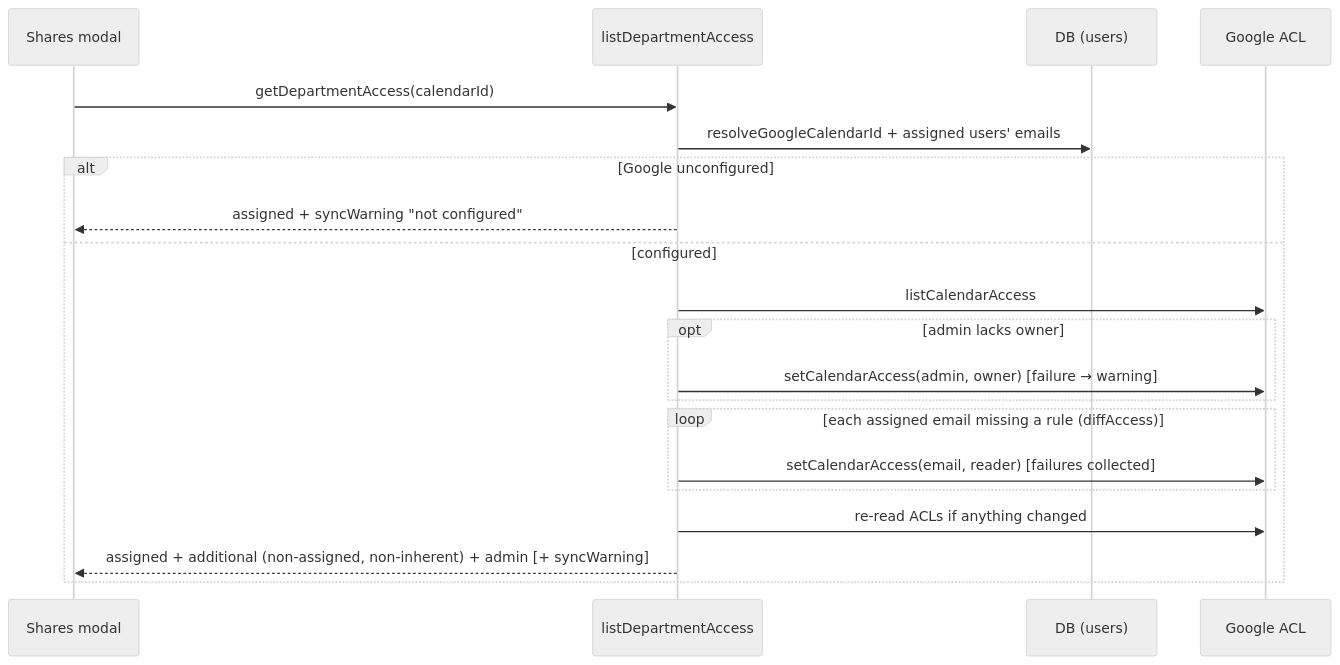
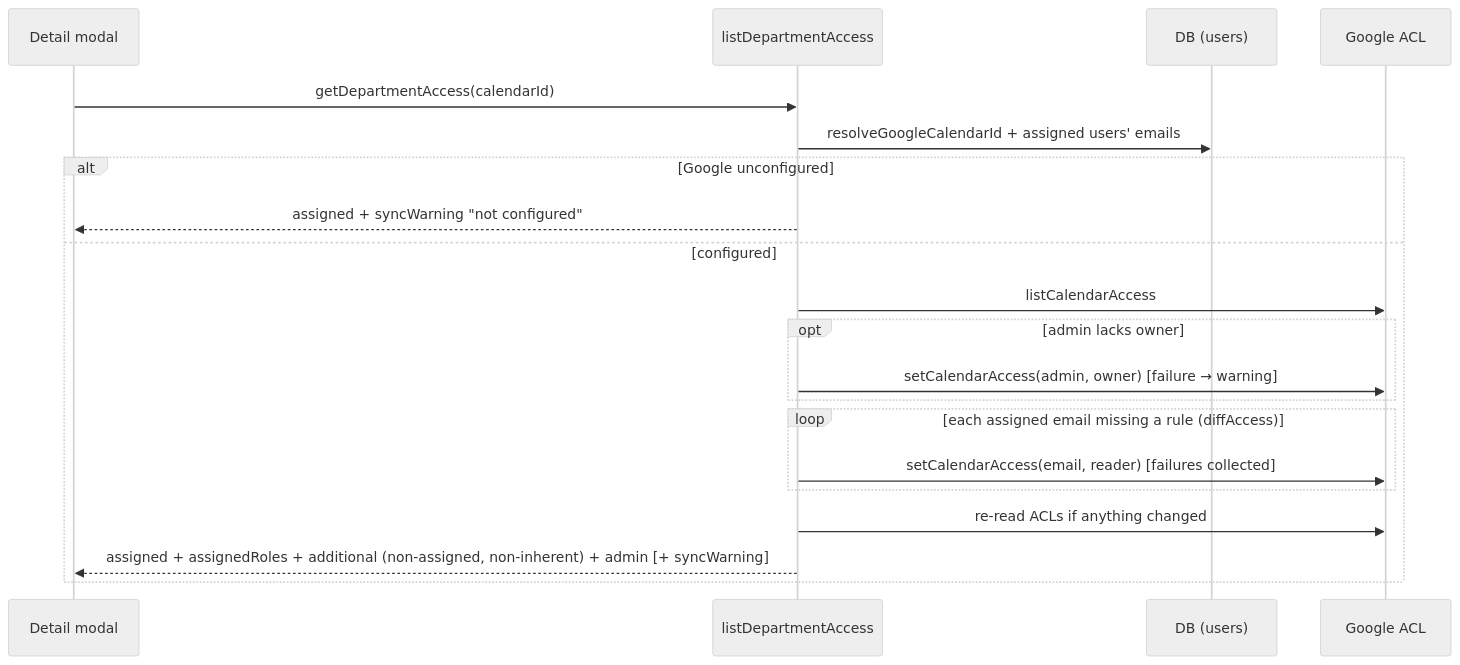
Before and after one commit to oncloudnintynineone-source/cloudy2: the fourth of 5 diagrams in docs/roster-sharing.md, drawn with Mermaid (neutral theme). The commit also changed other lines of this file and 8 other files, not shown here.

````diff
--- a/docs/roster-sharing.md
+++ b/docs/roster-sharing.md
@@ -259,22 +265,22 @@
 ```mermaid
 sequenceDiagram
-    participant M as Shares modal
+    participant M as Detail modal
     participant S as listDepartmentAccess
     participant D as DB (users)
     participant G as Google ACL
     M->>S: getDepartmentAccess(calendarId)
     S->>D: resolveGoogleCalendarId + assigned users' emails
     alt Google unconfigured
         S-->>M: assigned + syncWarning "not configured"
     else configured
         S->>G: listCalendarAccess
         opt admin lacks owner
             S->>G: setCalendarAccess(admin, owner)  [failure → warning]
         end
         loop each assigned email missing a rule (diffAccess)
             S->>G: setCalendarAccess(email, reader)  [failures collected]
         end
         S->>G: re-read ACLs if anything changed
-        S-->>M: assigned + additional (non-assigned, non-inherent) + admin [+ syncWarning]
+        S-->>M: assigned + assignedRoles + additional (non-assigned, non-inherent) + admin [+ syncWarning]
     end
 ```
````
